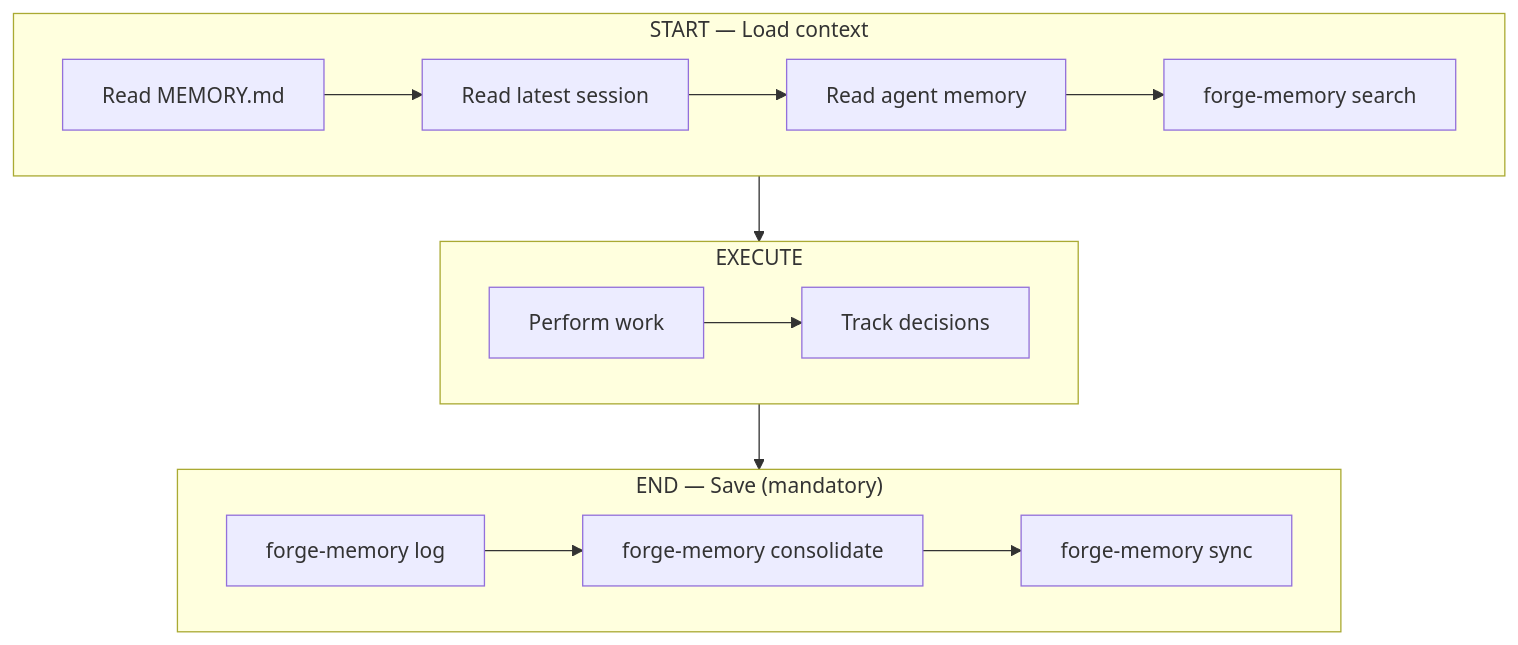
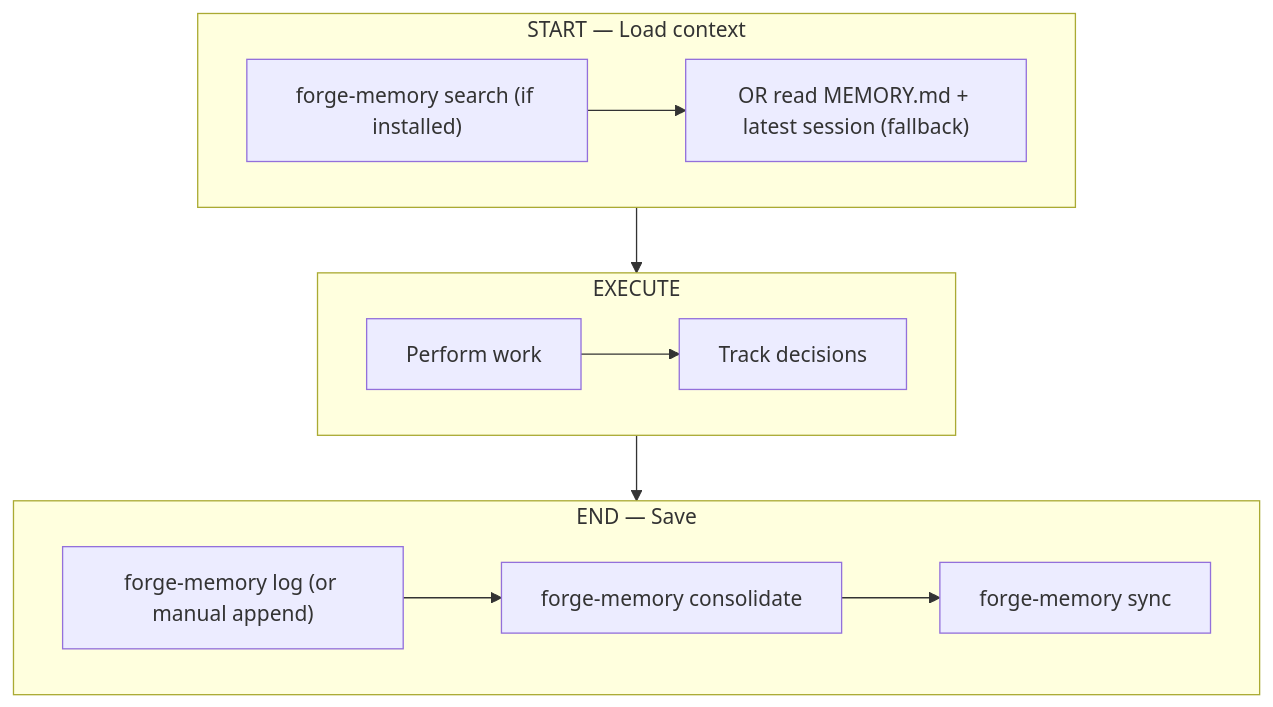
The fourth of 5 diagrams in README.md (fwehrling/forge), drawn with Mermaid before and after one commit. The commit also changed other lines of this file and 9 other files, not shown here.

First line of the commit message:
fix: memory system improvements -- fallback, stop hook, env config (v1.5.1) (#16)

````diff
--- a/README.md
+++ b/README.md
@@ -356,25 +355,23 @@
 ```mermaid
 flowchart TD
     subgraph START ["START — Load context"]
-        S1["Read MEMORY.md"]
-        S2["Read latest session"]
-        S3["Read agent memory"]
-        S4["forge-memory search"]
-        S1 --> S2 --> S3 --> S4
+        S1["forge-memory search (if installed)"]
+        S2["OR read MEMORY.md + latest session (fallback)"]
+        S1 --> S2
     end
 
     subgraph EXECUTE ["EXECUTE"]
         E1["Perform work"]
         E2["Track decisions"]
         E1 --> E2
     end
 
-    subgraph END ["END — Save (mandatory)"]
-        N1["forge-memory log"]
+    subgraph END ["END — Save"]
+        N1["forge-memory log (or manual append)"]
         N2["forge-memory consolidate"]
         N3["forge-memory sync"]
         N1 --> N2 --> N3
     end
 
     START --> EXECUTE --> END
 ```
````
